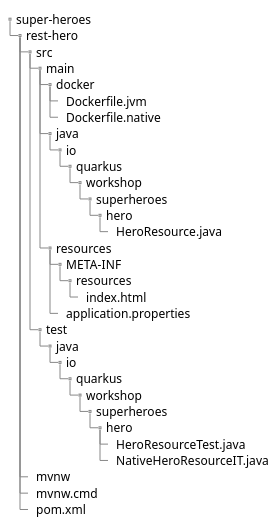
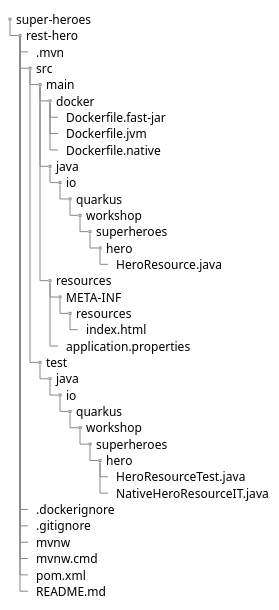
The diagram in quarkus-workshop-super-heroes/docs/src/main/asciidoc/rest-bootstrapping.adoc (quarkusio/quarkus-workshops), drawn with PlantUML before and after one commit. The commit also changed other lines of this file, not shown here.

```diff
--- a/quarkus-workshop-super-heroes/docs/src/main/asciidoc/rest-bootstrapping.adoc
+++ b/quarkus-workshop-super-heroes/docs/src/main/asciidoc/rest-bootstrapping.adoc
@@ -32,41 +32,46 @@
 [plantuml]
 ----
 @startsalt
 {
 {
 T
 super-heroes
 +  rest-hero
+++  .mvn
 ++  src
 +++  main
 ++++  docker
++++++  Dockerfile.fast-jar
 +++++  Dockerfile.jvm
 +++++  Dockerfile.native
 ++++  java
 +++++  io
 ++++++  quarkus
 +++++++  workshop
 ++++++++  superheroes
 +++++++++  hero
 ++++++++++  HeroResource.java
 ++++  resources
 +++++  META-INF
 ++++++  resources
 +++++++  index.html
 +++++  application.properties
 +++  test
 ++++  java
 +++++  io
 ++++++  quarkus
 +++++++  workshop
 ++++++++  superheroes
 +++++++++  hero
 ++++++++++  HeroResourceTest.java
 ++++++++++  NativeHeroResourceIT.java
+++  .dockerignore
+++  .gitignore
 ++  mvnw
 ++  mvnw.cmd
 ++  pom.xml
+++  README.md
 }
 }
 @endsalt
 ----
```
